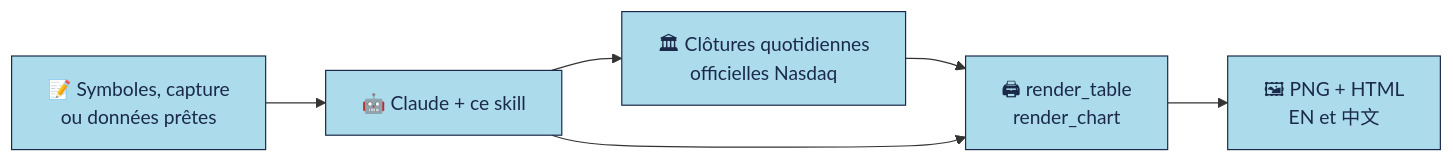
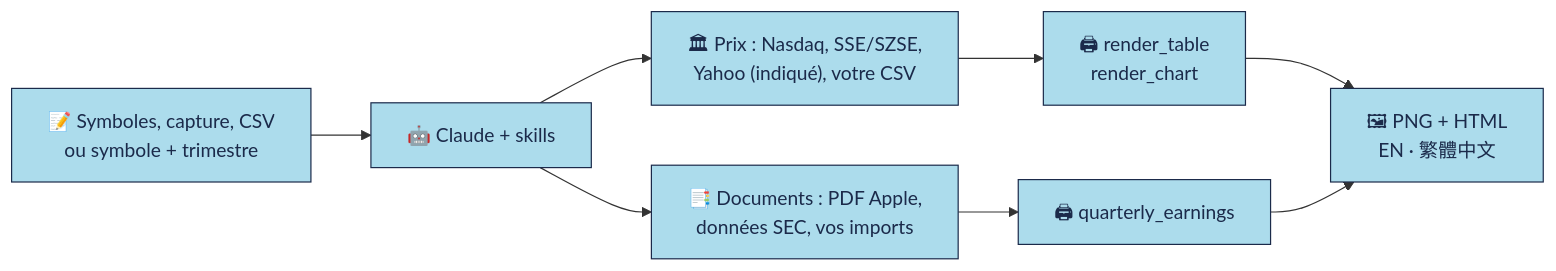
Before and after one commit to imoneys10k/schwab-table: the diagram in README.fr.md, drawn with Mermaid. The commit also changed other lines of this file and 15 other files, not shown here.

````diff
--- a/README.fr.md
+++ b/README.fr.md
@@ -36,10 +39,12 @@
 ```mermaid
 flowchart LR
-  A["📝 Symboles, capture<br/>ou données prêtes"] --> B["🤖 Claude + ce skill"]
-  B --> C["🏛 Clôtures quotidiennes<br/>officielles Nasdaq"]
+  A["📝 Symboles, capture, CSV<br/>ou symbole + trimestre"] --> B["🤖 Claude + skills"]
+  B --> C["🏛 Prix : Nasdaq, SSE/SZSE,<br/>Yahoo (indiqué), votre CSV"]
+  B --> F["📑 Documents : PDF Apple,<br/>données SEC, vos imports"]
   C --> D["🖨 render_table<br/>render_chart"]
-  B --> D
-  D --> E["🖼 PNG + HTML<br/>EN et 中文"]
+  F --> G["🖨 quarterly_earnings"]
+  D --> E["🖼 PNG + HTML<br/>EN · 繁體中文"]
+  G --> E
   classDef n fill:#ACDCEC,stroke:#1B2A4A,color:#1B2A4A,stroke-width:1px;
-  class A,B,C,D,E n;
+  class A,B,C,D,E,F,G n;
 ```
````
